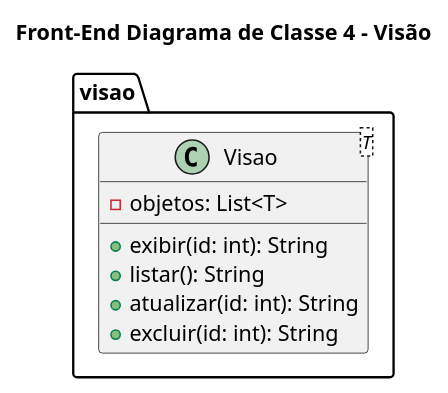
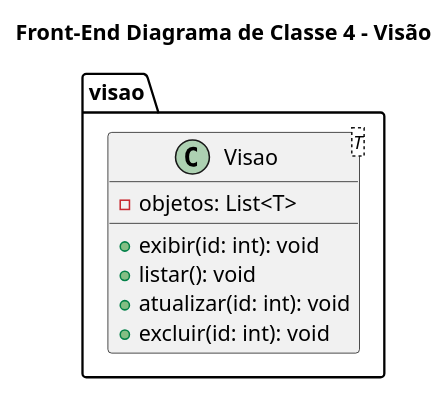
The diagram in docs/diagramas/src/diagramas_classe/frontend/diagrama_classe_4.plantuml (tiagors09/CareGardenProject), drawn with PlantUML before and after one commit.

Commit message:
atualização projeto

```diff
--- a/docs/diagramas/src/diagramas_classe/frontend/diagrama_classe_4.plantuml
+++ b/docs/diagramas/src/diagramas_classe/frontend/diagrama_classe_4.plantuml
@@ -1,13 +1,13 @@
 @startuml Diagrama_Classe_4
 title Front-End Diagrama de Classe 4 - Visão
 
 package visao {
   class Visao<T> {
     -objetos: List<T>
-    +exibir(id: int): String
-    +listar(): String
-    +atualizar(id: int): String
-    +excluir(id: int): String
+    +exibir(id: int): void
+    +listar(): void
+    +atualizar(id: int): void
+    +excluir(id: int): void
   }
 }
 @enduml
```
